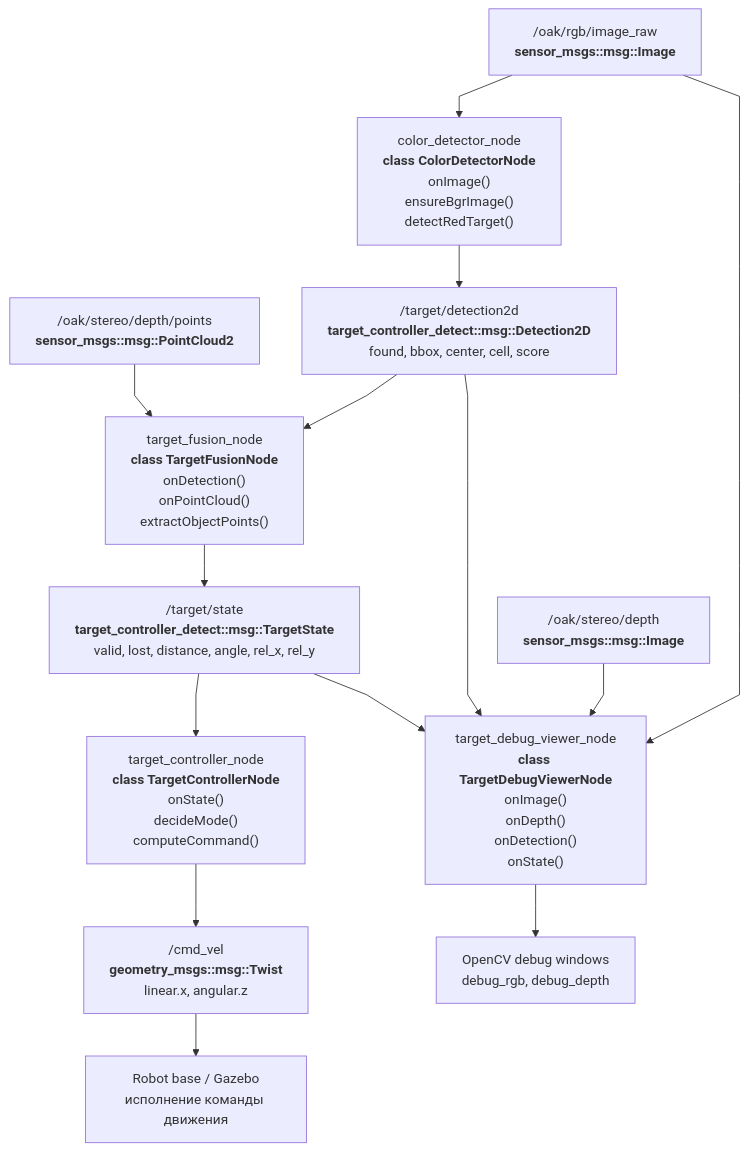
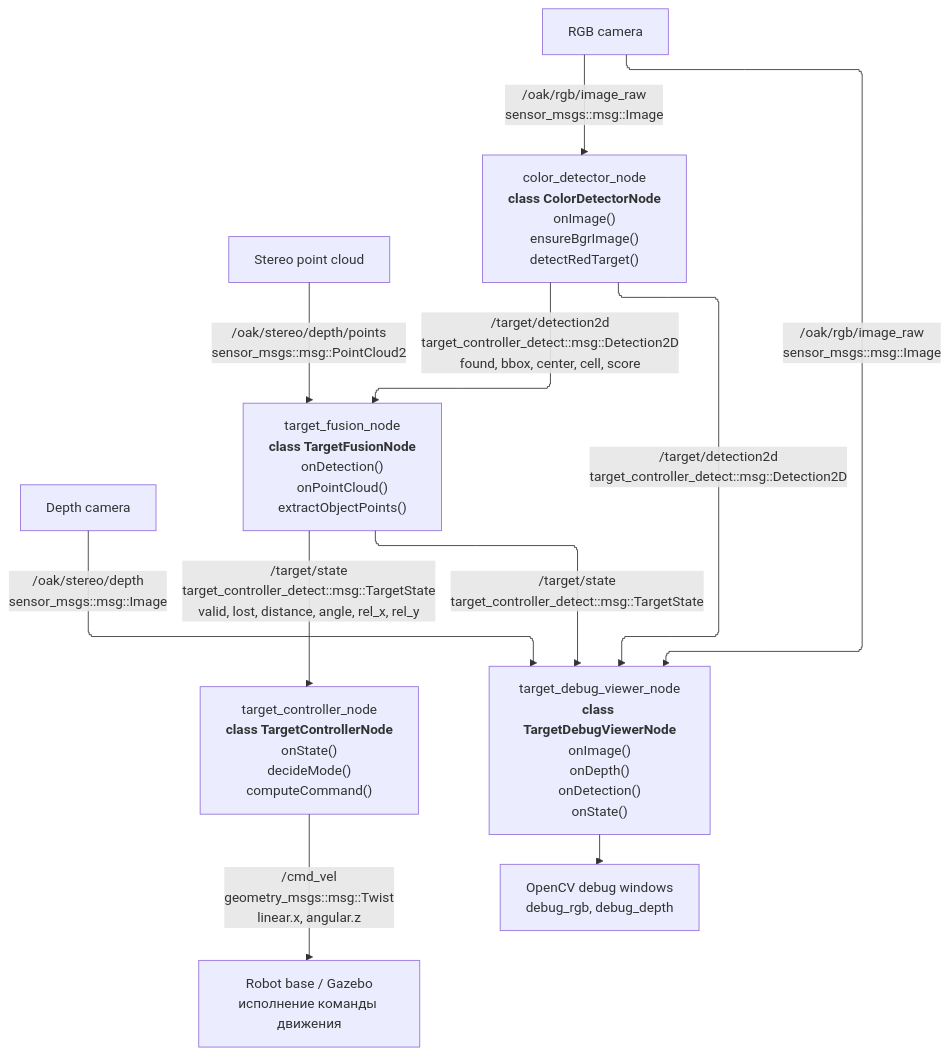
One commit to shabalb/target_controller_detect changed the diagram in scheme.md. Above: the diagram before and after it, drawn with Mermaid. The commit also changed 3 other files, not shown here.

````diff
--- a/scheme.md
+++ b/scheme.md
@@ -3,36 +3,30 @@
 ```mermaid
-%%{init: {"flowchart": {"curve": "linear"}} }%%
+%%{init: {"flowchart": {"defaultRenderer": "elk", "curve": "step"}} }%%
 flowchart TD
-    RGB_TOPIC["/oak/rgb/image_raw<br/><b>sensor_msgs::msg::Image</b>"]
-    DEPTH_TOPIC["/oak/stereo/depth<br/><b>sensor_msgs::msg::Image</b>"]
-    CLOUD_TOPIC["/oak/stereo/depth/points<br/><b>sensor_msgs::msg::PointCloud2</b>"]
+    RGB_SOURCE["RGB camera"]
+    DEPTH_SOURCE["Depth camera"]
+    CLOUD_SOURCE["Stereo point cloud"]
 
     DETECTOR["color_detector_node<br/><b>class ColorDetectorNode</b><br/>onImage()<br/>ensureBgrImage()<br/>detectRedTarget()"]
-    DETECTION_MSG["/target/detection2d<br/><b>target_controller_detect::msg::Detection2D</b><br/>found, bbox, center, cell, score"]
 
     FUSION["target_fusion_node<br/><b>class TargetFusionNode</b><br/>onDetection()<br/>onPointCloud()<br/>extractObjectPoints()"]
-    STATE_MSG["/target/state<br/><b>target_controller_detect::msg::TargetState</b><br/>valid, lost, distance, angle, rel_x, rel_y"]
 
     CONTROLLER["target_controller_node<br/><b>class TargetControllerNode</b><br/>onState()<br/>decideMode()<br/>computeCommand()"]
-    CMD_MSG["/cmd_vel<br/><b>geometry_msgs::msg::Twist</b><br/>linear.x, angular.z"]
 
     ROBOT["Robot base / Gazebo<br/>исполнение команды движения"]
 
     DEBUG["target_debug_viewer_node<br/><b>class TargetDebugViewerNode</b><br/>onImage()<br/>onDepth()<br/>onDetection()<br/>onState()"]
     DEBUG_WINDOWS["OpenCV debug windows<br/>debug_rgb, debug_depth"]
 
-    RGB_TOPIC --> DETECTOR
-    DETECTOR --> DETECTION_MSG
-    DETECTION_MSG --> FUSION
-    CLOUD_TOPIC --> FUSION
-    FUSION --> STATE_MSG
-    STATE_MSG --> CONTROLLER
-    CONTROLLER --> CMD_MSG
-    CMD_MSG --> ROBOT
+    RGB_SOURCE -->|"/oak/rgb/image_raw<br/>sensor_msgs::msg::Image"| DETECTOR
+    DETECTOR -->|"/target/detection2d<br/>target_controller_detect::msg::Detection2D<br/>found, bbox, center, cell, score"| FUSION
+    CLOUD_SOURCE -->|"/oak/stereo/depth/points<br/>sensor_msgs::msg::PointCloud2"| FUSION
+    FUSION -->|"/target/state<br/>target_controller_detect::msg::TargetState<br/>valid, lost, distance, angle, rel_x, rel_y"| CONTROLLER
+    CONTROLLER -->|"/cmd_vel<br/>geometry_msgs::msg::Twist<br/>linear.x, angular.z"| ROBOT
 
-    RGB_TOPIC --> DEBUG
-    DEPTH_TOPIC --> DEBUG
-    DETECTION_MSG --> DEBUG
-    STATE_MSG --> DEBUG
+    RGB_SOURCE -->|"/oak/rgb/image_raw<br/>sensor_msgs::msg::Image"| DEBUG
+    DEPTH_SOURCE -->|"/oak/stereo/depth<br/>sensor_msgs::msg::Image"| DEBUG
+    DETECTOR -->|"/target/detection2d<br/>target_controller_detect::msg::Detection2D"| DEBUG
+    FUSION -->|"/target/state<br/>target_controller_detect::msg::TargetState"| DEBUG
     DEBUG --> DEBUG_WINDOWS
 ```
````
